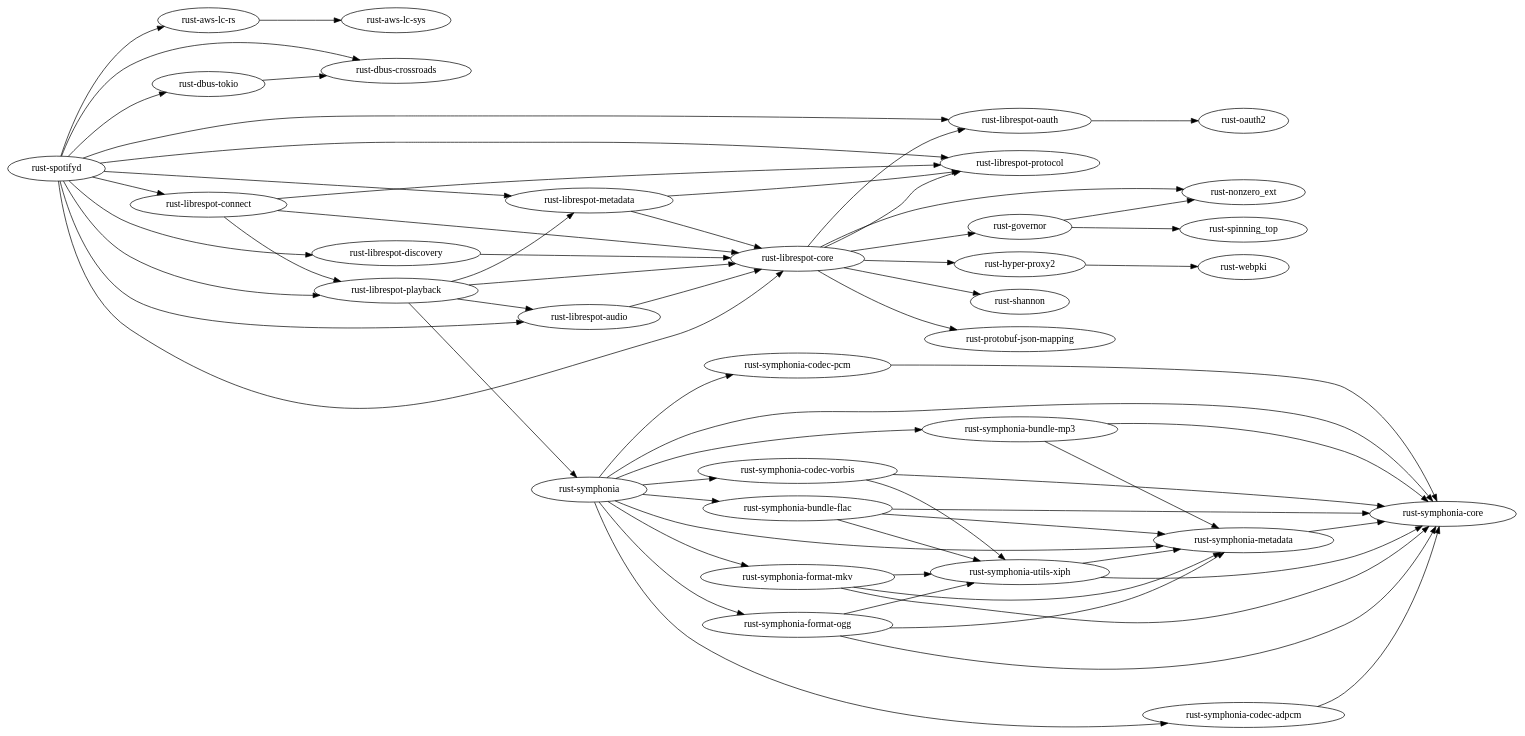
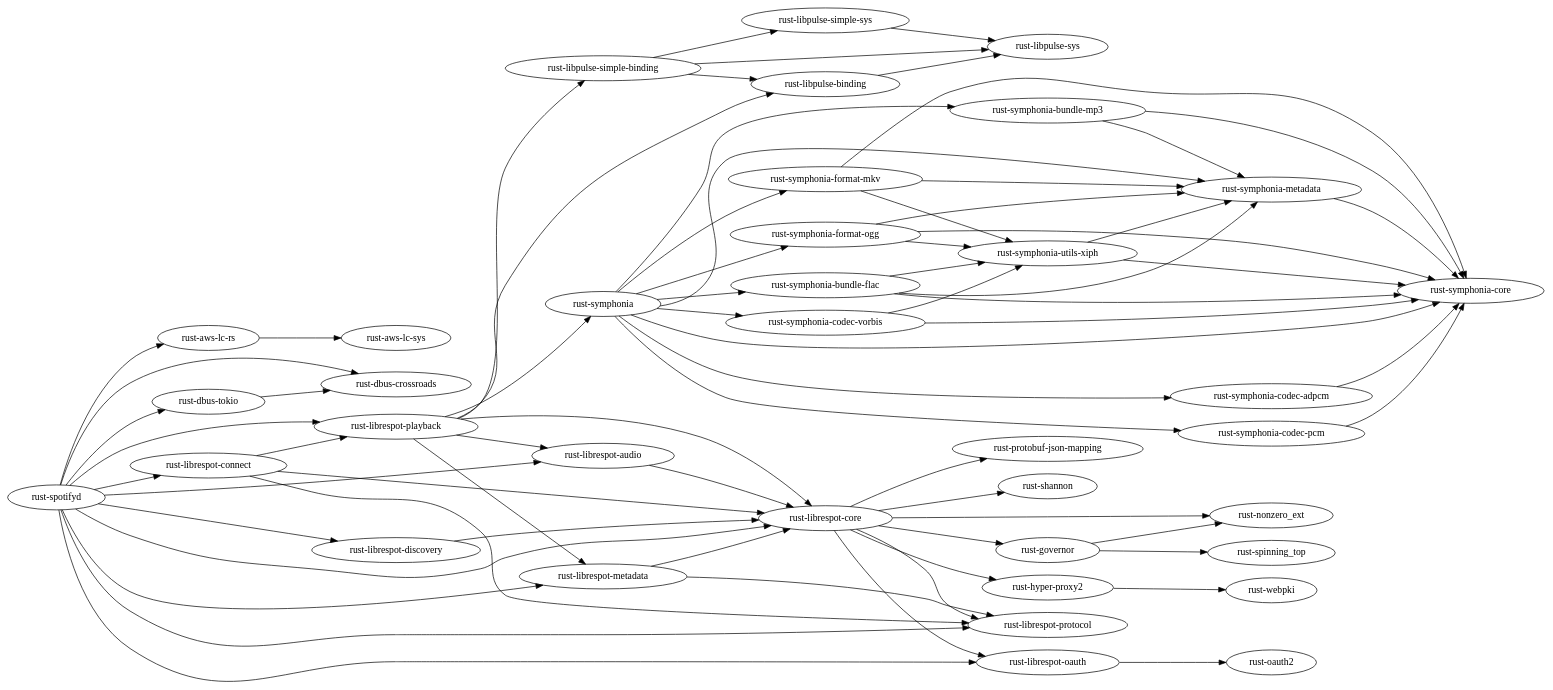
Before and after one commit to mbooth101/spotifyd-rpm: the diagram in package_tree.dot, drawn with Graphviz. The commit also changed 1 other file, not shown here.

```diff
--- a/package_tree.dot
+++ b/package_tree.dot
@@ -1,65 +1,72 @@
 digraph deps {
 rankdir="LR";
 "rust-aws-lc-rs" -> "rust-aws-lc-sys";
 "rust-dbus-tokio" -> "rust-dbus-crossroads";
 "rust-governor" -> "rust-nonzero_ext";
 "rust-governor" -> "rust-spinning_top";
 "rust-hyper-proxy2" -> "rust-webpki";
+"rust-libpulse-binding" -> "rust-libpulse-sys";
+"rust-libpulse-simple-binding" -> "rust-libpulse-binding";
+"rust-libpulse-simple-binding" -> "rust-libpulse-simple-sys";
+"rust-libpulse-simple-binding" -> "rust-libpulse-sys";
+"rust-libpulse-simple-sys" -> "rust-libpulse-sys";
 "rust-librespot-audio" -> "rust-librespot-core";
 "rust-librespot-core" -> "rust-governor";
 "rust-librespot-core" -> "rust-hyper-proxy2";
 "rust-librespot-core" -> "rust-librespot-oauth";
 "rust-librespot-core" -> "rust-librespot-protocol";
 "rust-librespot-core" -> "rust-nonzero_ext";
 "rust-librespot-core" -> "rust-protobuf-json-mapping";
 "rust-librespot-core" -> "rust-shannon";
 "rust-librespot-connect" -> "rust-librespot-core";
 "rust-librespot-connect" -> "rust-librespot-playback";
 "rust-librespot-connect" -> "rust-librespot-protocol";
+"rust-librespot-playback" -> "rust-libpulse-binding";
+"rust-librespot-playback" -> "rust-libpulse-simple-binding";
 "rust-librespot-playback" -> "rust-librespot-audio";
 "rust-librespot-playback" -> "rust-librespot-core";
 "rust-librespot-playback" -> "rust-librespot-metadata";
 "rust-librespot-playback" -> "rust-symphonia";
 "rust-librespot-oauth" -> "rust-oauth2";
 "rust-librespot-discovery" -> "rust-librespot-core";
 "rust-librespot-metadata" -> "rust-librespot-core";
 "rust-librespot-metadata" -> "rust-librespot-protocol";
 "rust-symphonia" -> "rust-symphonia-bundle-flac";
 "rust-symphonia" -> "rust-symphonia-bundle-mp3";
 "rust-symphonia" -> "rust-symphonia-codec-adpcm";
 "rust-symphonia" -> "rust-symphonia-codec-pcm";
 "rust-symphonia" -> "rust-symphonia-codec-vorbis";
 "rust-symphonia" -> "rust-symphonia-core";
 "rust-symphonia" -> "rust-symphonia-format-mkv";
 "rust-symphonia" -> "rust-symphonia-format-ogg";
 "rust-symphonia" -> "rust-symphonia-metadata";
 "rust-spotifyd" -> "rust-aws-lc-rs";
 "rust-spotifyd" -> "rust-dbus-crossroads";
 "rust-spotifyd" -> "rust-dbus-tokio";
 "rust-spotifyd" -> "rust-librespot-audio";
 "rust-spotifyd" -> "rust-librespot-connect";
 "rust-spotifyd" -> "rust-librespot-core";
 "rust-spotifyd" -> "rust-librespot-discovery";
 "rust-spotifyd" -> "rust-librespot-metadata";
 "rust-spotifyd" -> "rust-librespot-oauth";
 "rust-spotifyd" -> "rust-librespot-playback";
 "rust-spotifyd" -> "rust-librespot-protocol";
 "rust-symphonia-bundle-flac" -> "rust-symphonia-core";
 "rust-symphonia-bundle-flac" -> "rust-symphonia-metadata";
 "rust-symphonia-bundle-flac" -> "rust-symphonia-utils-xiph";
 "rust-symphonia-bundle-mp3" -> "rust-symphonia-core";
 "rust-symphonia-bundle-mp3" -> "rust-symphonia-metadata";
 "rust-symphonia-codec-adpcm" -> "rust-symphonia-core";
 "rust-symphonia-codec-pcm" -> "rust-symphonia-core";
 "rust-symphonia-codec-vorbis" -> "rust-symphonia-core";
 "rust-symphonia-codec-vorbis" -> "rust-symphonia-utils-xiph";
 "rust-symphonia-format-mkv" -> "rust-symphonia-core";
 "rust-symphonia-format-mkv" -> "rust-symphonia-metadata";
 "rust-symphonia-format-mkv" -> "rust-symphonia-utils-xiph";
 "rust-symphonia-format-ogg" -> "rust-symphonia-core";
 "rust-symphonia-format-ogg" -> "rust-symphonia-metadata";
 "rust-symphonia-format-ogg" -> "rust-symphonia-utils-xiph";
 "rust-symphonia-metadata" -> "rust-symphonia-core";
 "rust-symphonia-utils-xiph" -> "rust-symphonia-core";
 "rust-symphonia-utils-xiph" -> "rust-symphonia-metadata";
 }
```
